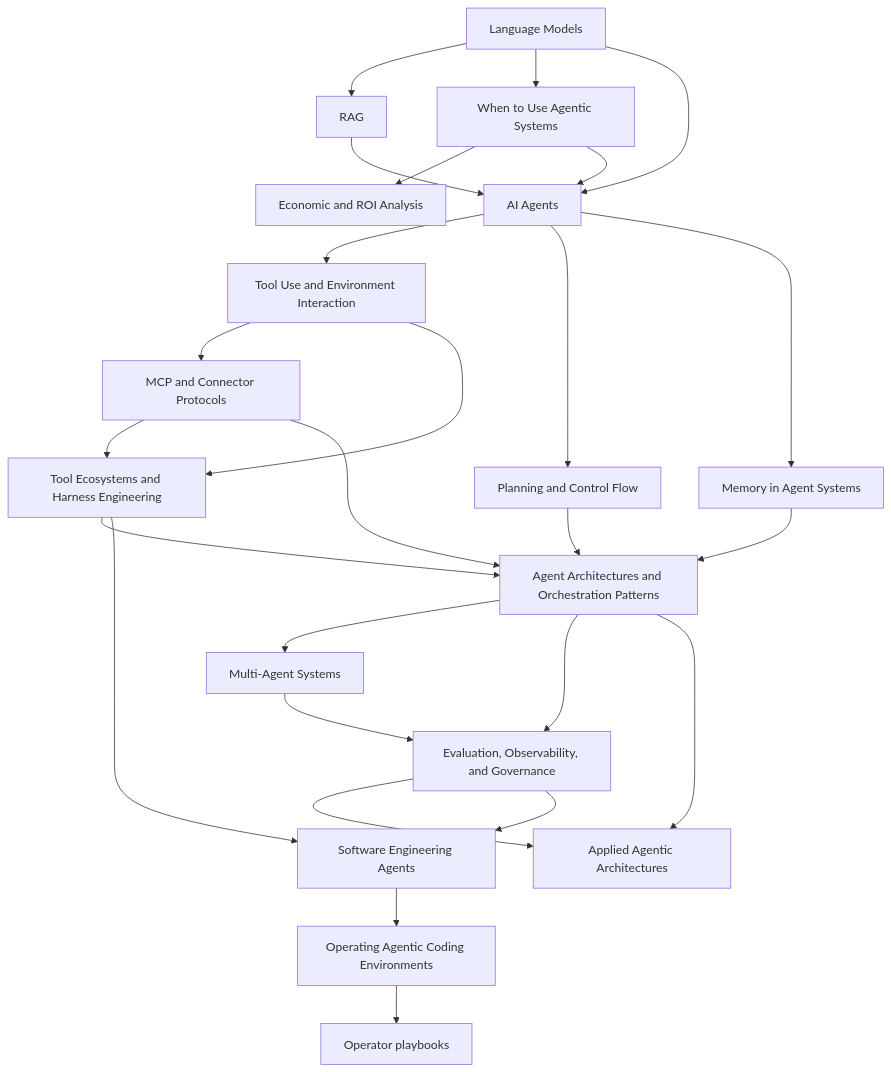
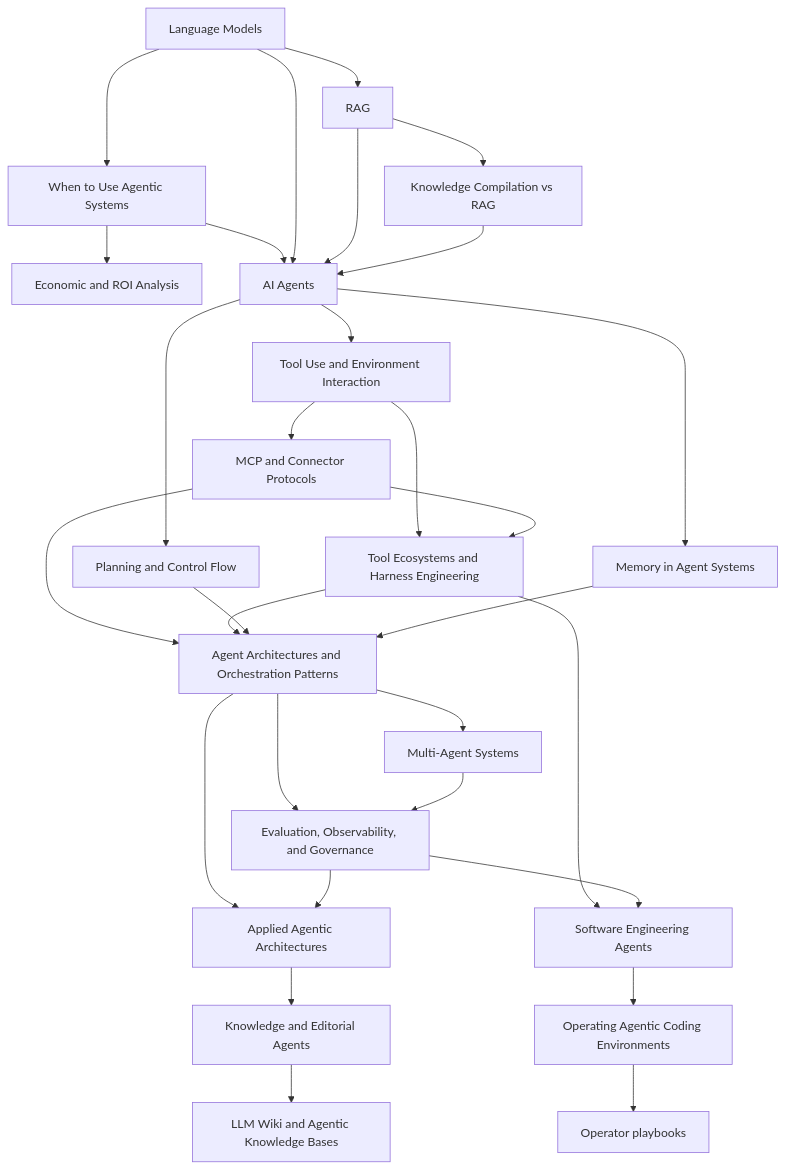
The diagram in 00 Home/Agentic Systems Index.md (Reezo912/My-notes), drawn with Mermaid before and after one commit. The commit also changed other lines of this file and 63 other files, not shown here.

Commit message:
Add Knowledge Ops workflow and expand agentic knowledge systems

````diff
--- a/00 Home/Agentic Systems Index.md
+++ b/00 Home/Agentic Systems Index.md
@@ -35,28 +35,32 @@
 ```mermaid
 flowchart TD
     A["Language Models"] --> B["RAG"]
+    B --> KC["Knowledge Compilation vs RAG"]
     A --> W["When to Use Agentic Systems"]
     W --> R["Economic and ROI Analysis"]
     W --> C["AI Agents"]
     A --> C["AI Agents"]
     B --> C
+    KC --> C
     C --> D["Tool Use and Environment Interaction"]
     D --> L["MCP and Connector Protocols"]
     D --> M["Tool Ecosystems and Harness Engineering"]
     C --> E["Planning and Control Flow"]
     C --> F["Memory in Agent Systems"]
     L --> M
     L --> G["Agent Architectures and Orchestration Patterns"]
     M --> G
     E --> G
     F --> G
     G --> H["Multi-Agent Systems"]
     G --> I["Evaluation, Observability, and Governance"]
     H --> I
     G --> J["Applied Agentic Architectures"]
+    J --> KA["Knowledge and Editorial Agents"]
+    KA --> KW["LLM Wiki and Agentic Knowledge Bases"]
     M --> K["Software Engineering Agents"]
     K --> O["Operating Agentic Coding Environments"]
     I --> J
     I --> K["Software Engineering Agents"]
     O --> P["Operator playbooks"]
 ```
````
